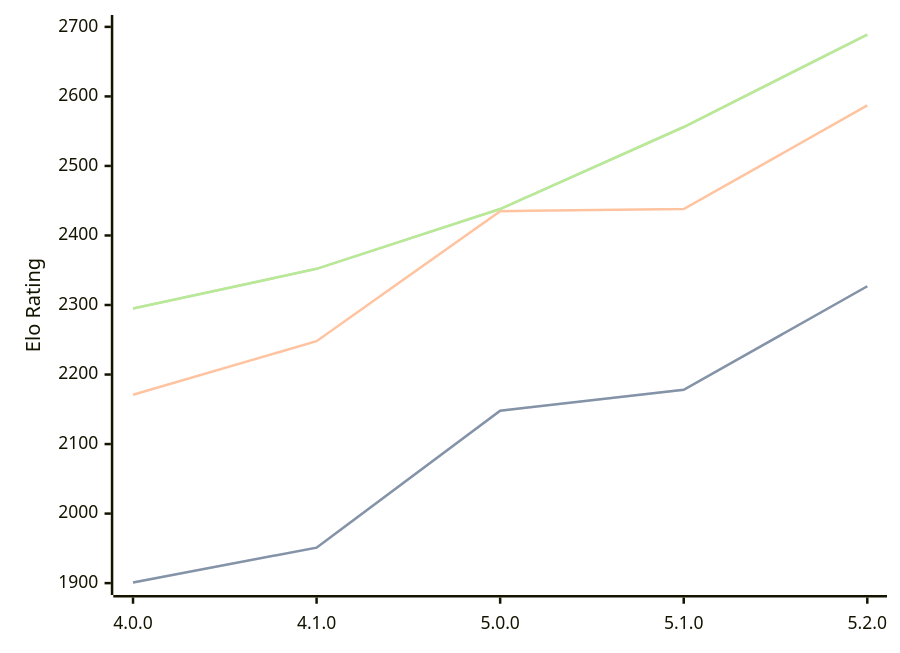
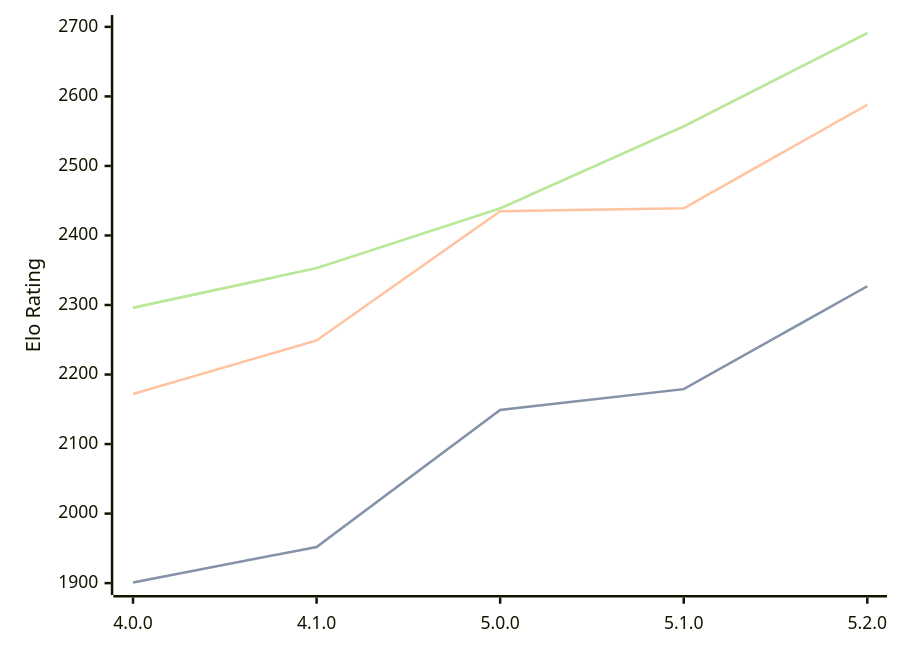
Before and after one commit to computer-chess-index/cci: the diagram in engines/Aconcagua.md, drawn with Mermaid. The commit also changed other lines of this file, not shown here.

Commit message:
Update CCI Ratings (ELO VLTC) - 2026-08-15

````diff
--- a/engines/Aconcagua.md
+++ b/engines/Aconcagua.md
@@ -35,11 +35,11 @@
 ```mermaid
 %%{init: {"theme":"base","themeVariables":{"seriesColors:['#a3a3a3','#222221','#faa371']}}}%%
 xychart-beta
   x-axis ["4.0.0", "4.1.0", "5.0.0", "5.1.0", "5.2.0"]
   y-axis "Elo Rating" 1900 --> 2700
-  line "STC (8.0+0.08s)" [1901, 1951, 2148, 2178, 2327]
-  line "STC (8.0+0.08s)" [1901, 1951, 2148, 2178, 2327]
-  line "LTC (60.0+0.60s)" [2171, 2248, 2435, 2438, 2587]
-  line "VLTC (2m24s+1.12s)" [2295, 2352, 2438, 2556, 2689]
-  line "VLTC (2m24s+1.12s)" [2295, 2352, 2438, 2556, 2689]
+  line "STC (8.0+0.08s)" [1901, 1952, 2149, 2179, 2327]
+  line "STC (8.0+0.08s)" [1901, 1952, 2149, 2179, 2327]
+  line "LTC (60.0+0.60s)" [2172, 2249, 2435, 2439, 2588]
+  line "VLTC (2m24s+1.12s)" [2296, 2353, 2439, 2557, 2691]
+  line "VLTC (2m24s+1.12s)" [2296, 2353, 2439, 2557, 2691]
 ```
````
